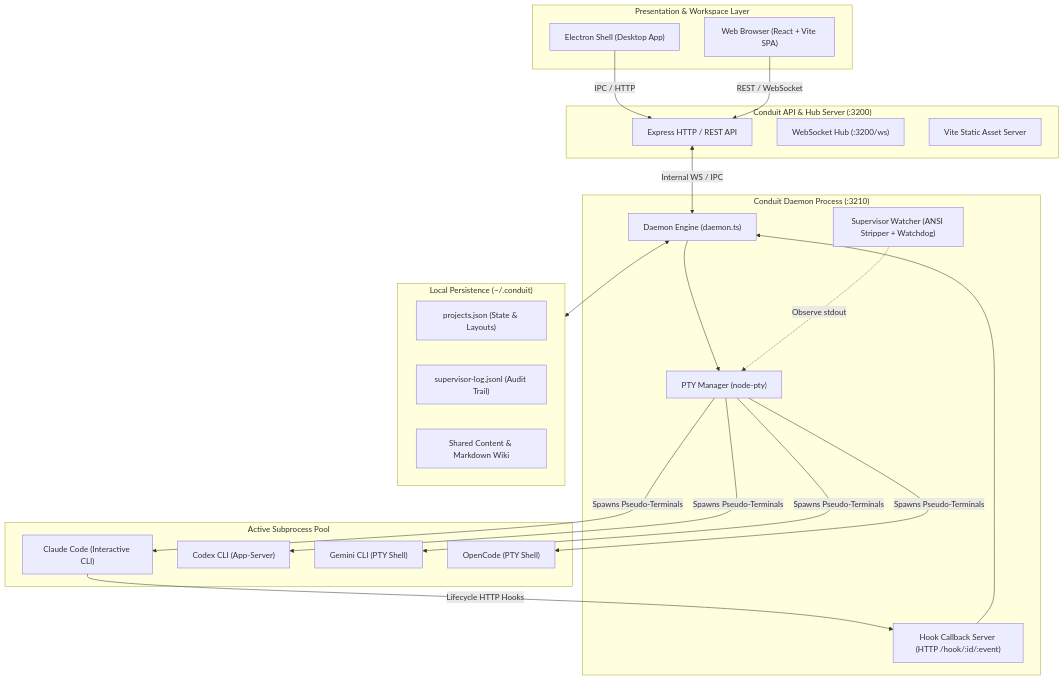
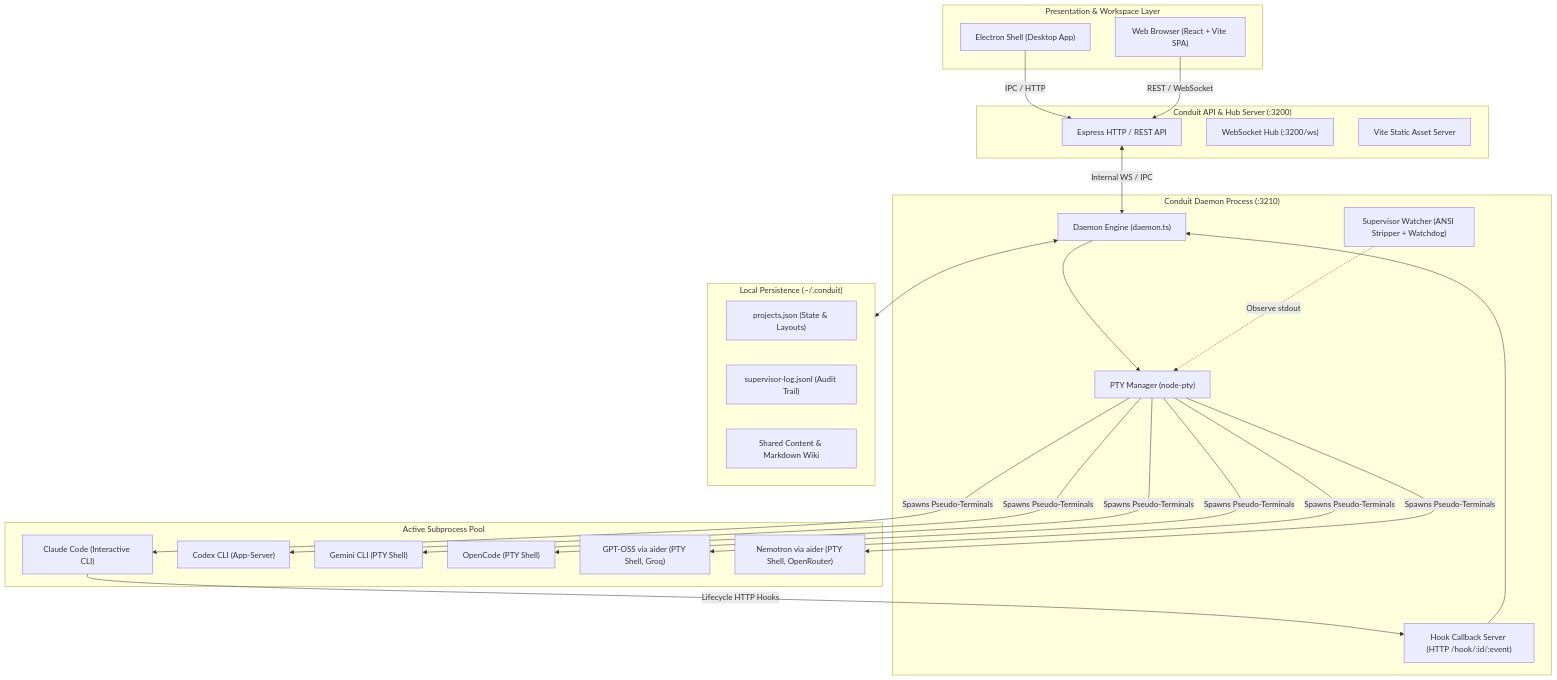
The first of 5 diagrams in architecture.md (devprashant19/Conduit), drawn with Mermaid before and after one commit. The commit also changed 7 other files, not shown here.

First line of the commit message:
feat(agents): make GPT-OSS and Nemotron real aider integrations

````diff
--- a/architecture.md
+++ b/architecture.md
@@ -11,46 +11,50 @@
 ```mermaid
 graph TB
     subgraph UI_Layer ["Presentation & Workspace Layer"]
         ElectronApp["Electron Shell (Desktop App)"]
         BrowserUI["Web Browser (React + Vite SPA)"]
     end
 
     subgraph Server_Layer ["Conduit API & Hub Server (:3200)"]
         ExpressServer["Express HTTP / REST API"]
         WSServer["WebSocket Hub (:3200/ws)"]
         StaticServer["Vite Static Asset Server"]
     end
 
     subgraph Daemon_Layer ["Conduit Daemon Process (:3210)"]
         DaemonCore["Daemon Engine (daemon.ts)"]
         PTYManager["PTY Manager (node-pty)"]
         HookServer["Hook Callback Server (HTTP /hook/:id/:event)"]
         SupervisorWatcher["Supervisor Watcher (ANSI Stripper + Watchdog)"]
     end
 
     subgraph Agents_Layer ["Active Subprocess Pool"]
         AgentClaude["Claude Code (Interactive CLI)"]
         AgentCodex["Codex CLI (App-Server)"]
         AgentGemini["Gemini CLI (PTY Shell)"]
         AgentOpenCode["OpenCode (PTY Shell)"]
+        AgentGpt["GPT-OSS via aider (PTY Shell, Groq)"]
+        AgentNemotron["Nemotron via aider (PTY Shell, OpenRouter)"]
     end
 
     subgraph Storage_Layer ["Local Persistence (~/.conduit)"]
         ProjectsJSON["projects.json (State & Layouts)"]
         AuditLogs["supervisor-log.jsonl (Audit Trail)"]
         WikiStore["Shared Content & Markdown Wiki"]
     end
 
     ElectronApp -->|IPC / HTTP| ExpressServer
     BrowserUI -->|REST / WebSocket| ExpressServer
     ExpressServer <-->|Internal WS / IPC| DaemonCore
     DaemonCore --> PTYManager
     PTYManager -->|Spawns Pseudo-Terminals| AgentClaude
     PTYManager -->|Spawns Pseudo-Terminals| AgentCodex
     PTYManager -->|Spawns Pseudo-Terminals| AgentGemini
     PTYManager -->|Spawns Pseudo-Terminals| AgentOpenCode
+    PTYManager -->|Spawns Pseudo-Terminals| AgentGpt
+    PTYManager -->|Spawns Pseudo-Terminals| AgentNemotron
     AgentClaude -->|Lifecycle HTTP Hooks| HookServer
     HookServer --> DaemonCore
     DaemonCore <--> Storage_Layer
     SupervisorWatcher -.->|Observe stdout| PTYManager
 ```
````
